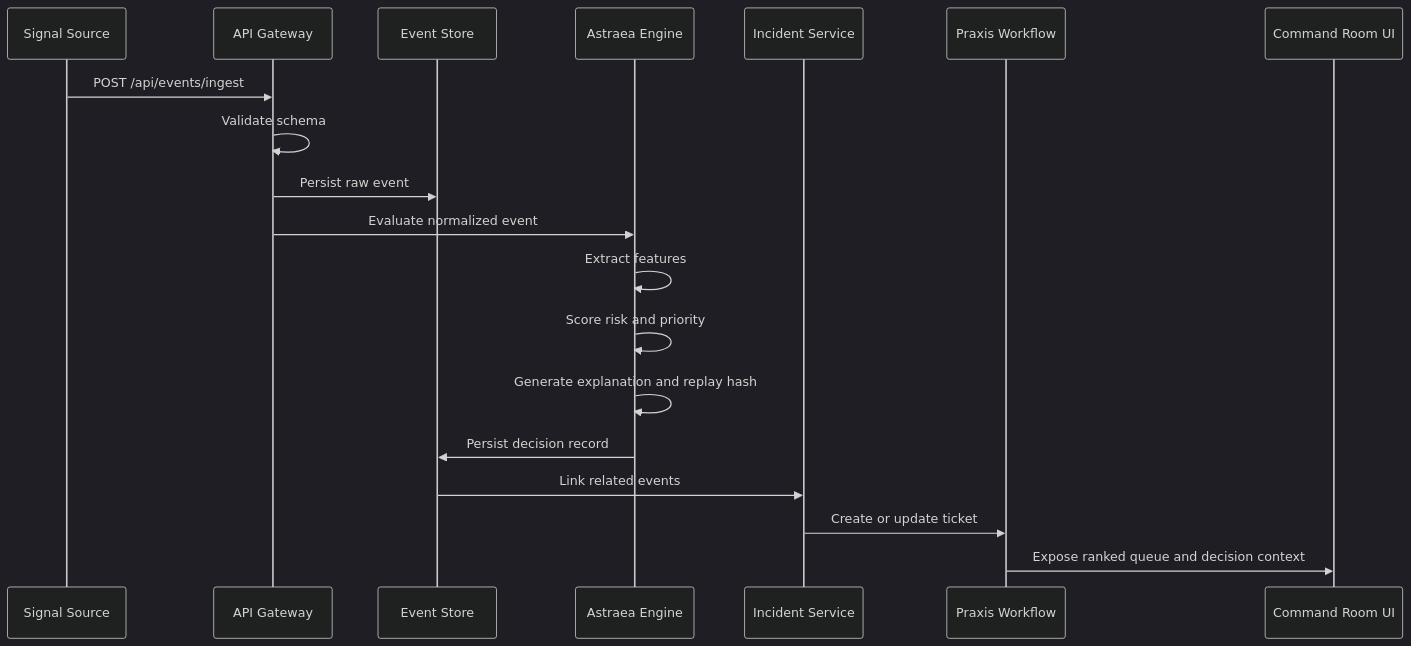
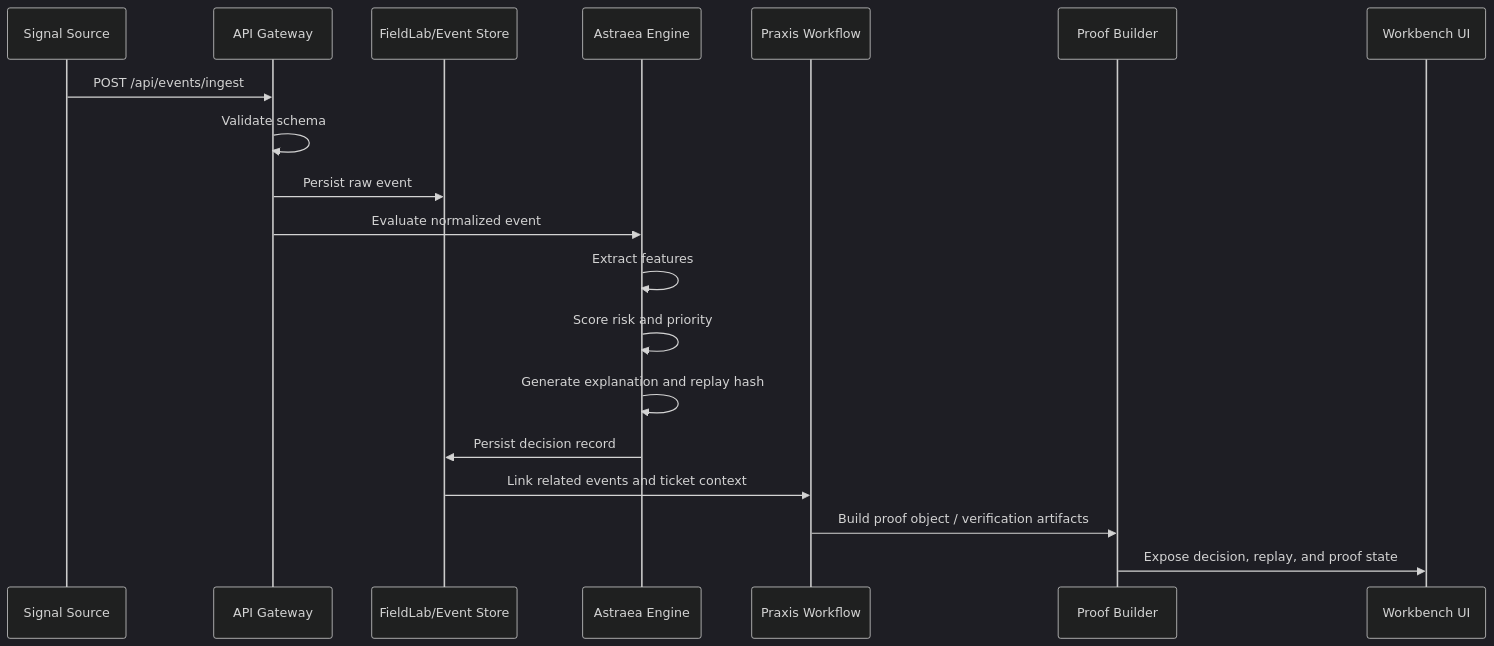
One commit to AngelP17/Praxis changed the diagram in docs/04-deterministic-decisioning.md. Above: the diagram before and after it, drawn with Mermaid (dark theme). The commit also changed 9 other files, not shown here.

Commit message:
Refresh deployment and architecture docs

````diff
--- a/docs/04-deterministic-decisioning.md
+++ b/docs/04-deterministic-decisioning.md
@@ -95,22 +95,22 @@
 ```mermaid
 sequenceDiagram
     participant Source as Signal Source
     participant Gateway as API Gateway
-    participant Store as Event Store
+    participant Store as FieldLab/Event Store
     participant Astraea as Astraea Engine
-    participant Incident as Incident Service
     participant Praxis as Praxis Workflow
-    participant UI as Command Room UI
+    participant Proof as Proof Builder
+    participant UI as Workbench UI
 
     Source->>Gateway: POST /api/events/ingest
     Gateway->>Gateway: Validate schema
     Gateway->>Store: Persist raw event
     Gateway->>Astraea: Evaluate normalized event
     Astraea->>Astraea: Extract features
     Astraea->>Astraea: Score risk and priority
     Astraea->>Astraea: Generate explanation and replay hash
     Astraea->>Store: Persist decision record
-    Store->>Incident: Link related events
-    Incident->>Praxis: Create or update ticket
-    Praxis->>UI: Expose ranked queue and decision context
+    Store->>Praxis: Link related events and ticket context
+    Praxis->>Proof: Build proof object / verification artifacts
+    Proof->>UI: Expose decision, replay, and proof state
 ```
````
